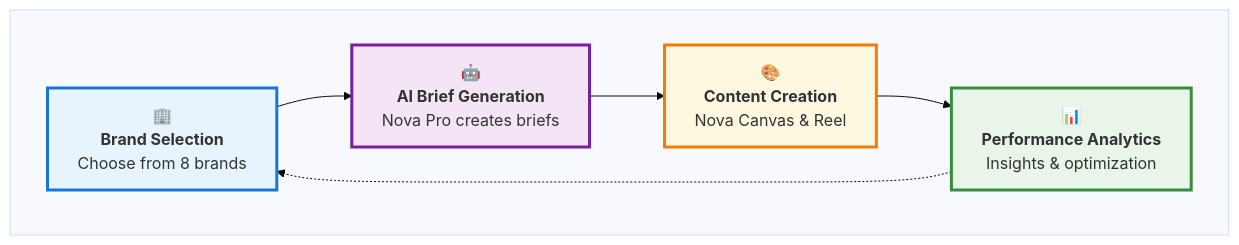
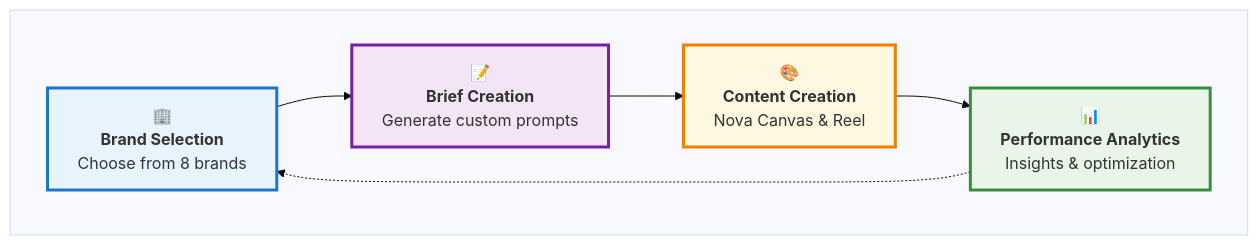
One commit to AnnaBaturaS/AdCaleidoscope changed the diagram in README.md. Above: the diagram before and after it, drawn with Mermaid (base theme).

````diff
--- a/README.md
+++ b/README.md
@@ -71,19 +71,19 @@
 ```mermaid
 graph TB
     subgraph " "
         A["🏢<br/><b>Brand Selection</b><br/>Choose from 8 brands"]
-        B["🤖<br/><b>AI Brief Generation</b><br/>Nova Pro creates briefs"]
+        B["📝<br/><b>Brief Creation</b><br/>Generate custom prompts"]
         C["🎨<br/><b>Content Creation</b><br/>Nova Canvas & Reel"]
         D["📊<br/><b>Performance Analytics</b><br/>Insights & optimization"]
     end
     
     A --> B
     B --> C
     C --> D
     D -.-> A
     
     style A fill:#e8f4fd,stroke:#1976d2,stroke-width:3px
     style B fill:#f3e5f5,stroke:#7b1fa2,stroke-width:3px
     style C fill:#fff8e1,stroke:#f57c00,stroke-width:3px
     style D fill:#e8f5e8,stroke:#388e3c,stroke-width:3px
 ```
````
